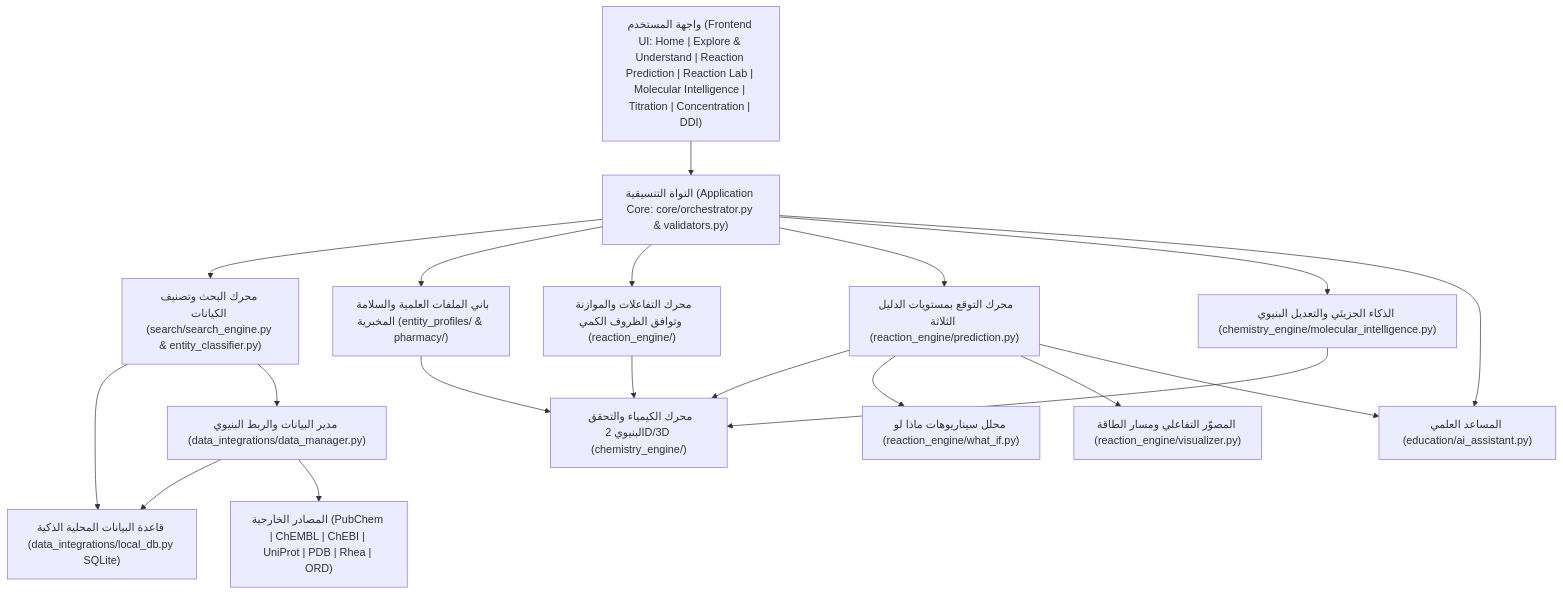
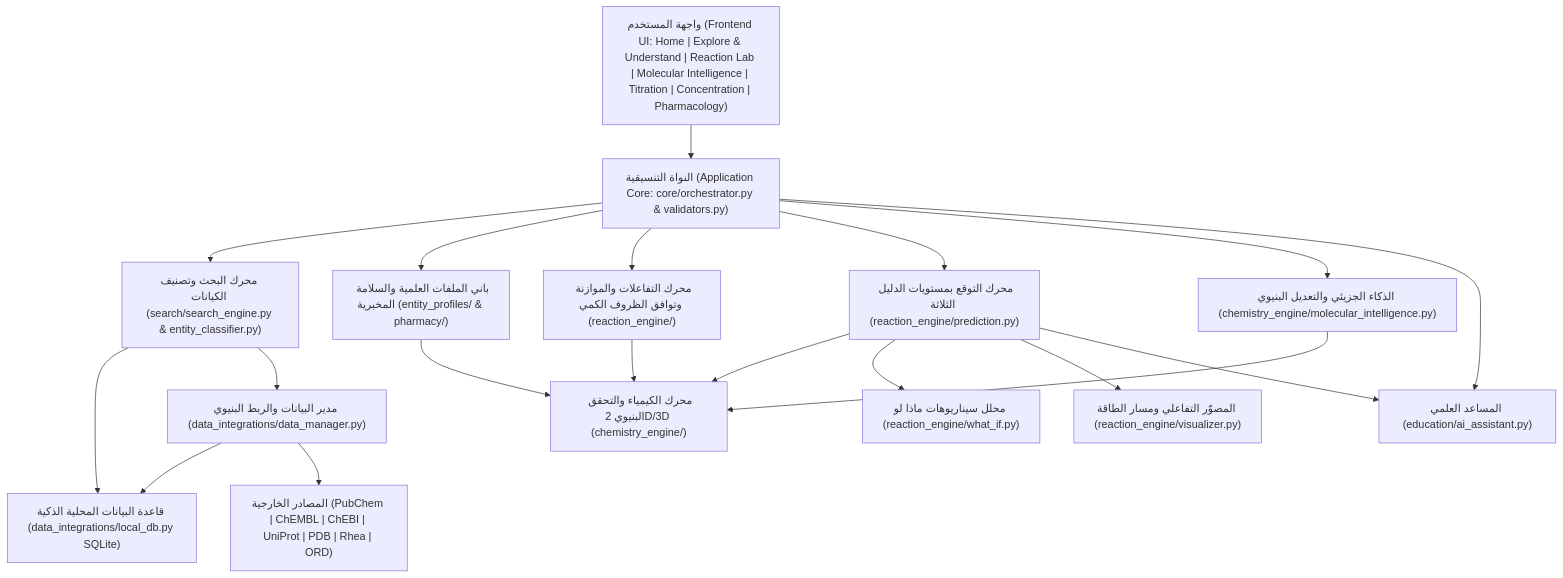
One commit to a-muaafa/Moleculens- changed the diagram in README.md. Above: the diagram before and after it, drawn with Mermaid. The commit also changed other lines of this file and 3 other files, not shown here.

Commit message:
docs: unify reaction counts to 152, clean UTF-8 catalog encoding, and purge DDI references

````diff
--- a/README.md
+++ b/README.md
@@ -123,36 +124,36 @@
 ```mermaid
 flowchart TD
-    UI["واجهة المستخدم (Frontend UI: Home | Explore & Understand | Reaction Prediction | Reaction Lab | Molecular Intelligence | Titration | Concentration | DDI)"]
+    UI["واجهة المستخدم (Frontend UI: Home | Explore & Understand | Reaction Lab | Molecular Intelligence | Titration | Concentration | Pharmacology)"]
     CORE["النواة التنسيقية (Application Core: core/orchestrator.py & validators.py)"]
     SRCH["محرك البحث وتصنيف الكيانات (search/search_engine.py & entity_classifier.py)"]
     LDB["قاعدة البيانات المحلية الذكية (data_integrations/local_db.py SQLite)"]
     DM["مدير البيانات والربط البنيوي (data_integrations/data_manager.py)"]
     PROF["باني الملفات العلمية والسلامة المخبرية (entity_profiles/ & pharmacy/)"]
     CHEM["محرك الكيمياء والتحقق البنيوي 2D/3D (chemistry_engine/)"]
     MOLINT["الذكاء الجزيئي والتعديل البنيوي (chemistry_engine/molecular_intelligence.py)"]
     RXN["محرك التفاعلات والموازنة وتوافق الظروف الكمي (reaction_engine/)"]
     PRED["محرك التوقع بمستويات الدليل الثلاثة (reaction_engine/prediction.py)"]
     WHATIF["محلل سيناريوهات ماذا لو (reaction_engine/what_if.py)"]
     VIS["المصوّر التفاعلي ومسار الطاقة (reaction_engine/visualizer.py)"]
     AI["المساعد العلمي (education/ai_assistant.py)"]
     EXT["المصادر الخارجية (PubChem | ChEMBL | ChEBI | UniProt | PDB | Rhea | ORD)"]
 
     UI --> CORE
     CORE --> SRCH
     CORE --> PROF
     CORE --> RXN
     CORE --> PRED
     CORE --> MOLINT
     CORE --> AI
     SRCH --> LDB
     SRCH --> DM
     DM --> LDB
     DM --> EXT
     PROF --> CHEM
     MOLINT --> CHEM
     RXN --> CHEM
     PRED --> CHEM
     PRED --> WHATIF
     PRED --> VIS
     PRED --> AI
 ```
````
